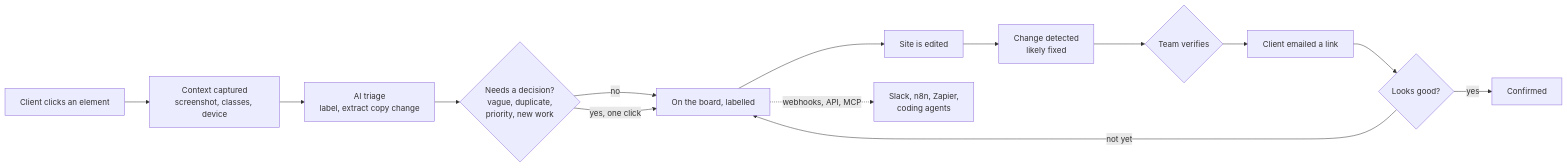
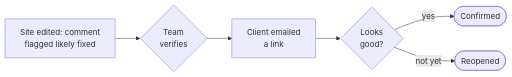
Before and after one commit to n-3-0-l-d-3-v/basefeed: the third of 6 diagrams in README.md, drawn with Mermaid. The commit also changed other lines of this file and 1 other file, not shown here.

Commit message:
docs: README header with live links, pipeline split into three small diagrams, system diagram readable on dark theme

````diff
--- a/README.md
+++ b/README.md
@@ -35,16 +71,8 @@
 ```mermaid
 flowchart LR
-  A[Client clicks an element] --> B[Context captured<br/>screenshot, classes, device]
-  B --> C[AI triage<br/>label, extract copy change]
-  C --> D{Needs a decision?<br/>vague, duplicate,<br/>priority, new work}
-  D -- no --> E[On the board, labelled]
-  D -- yes, one click --> E
-  E --> F[Site is edited]
-  F --> G[Change detected<br/>likely fixed]
-  G --> H{Team verifies}
-  H --> I[Client emailed a link]
-  I --> J{Looks good?}
-  J -- yes --> K[Confirmed]
-  J -- not yet --> E
-  E -. webhooks, API, MCP .-> L[Slack, n8n, Zapier,<br/>coding agents]
+  A[Site edited: comment<br/>flagged likely fixed] --> C{Team<br/>verifies}
+  C --> D[Client emailed<br/>a link]
+  D --> E{Looks<br/>good?}
+  E -- yes --> F([Confirmed])
+  E -- not yet --> G([Reopened])
 ```
````
